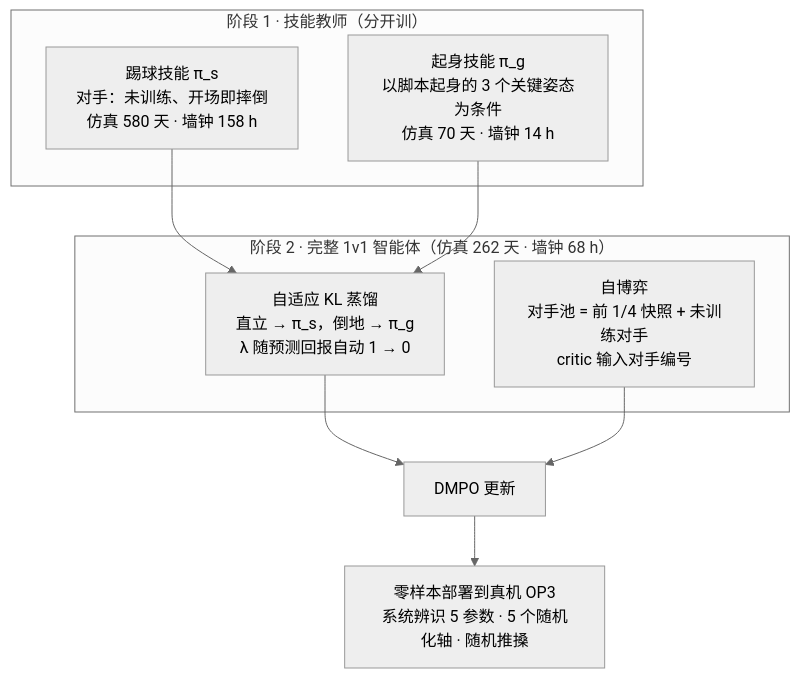
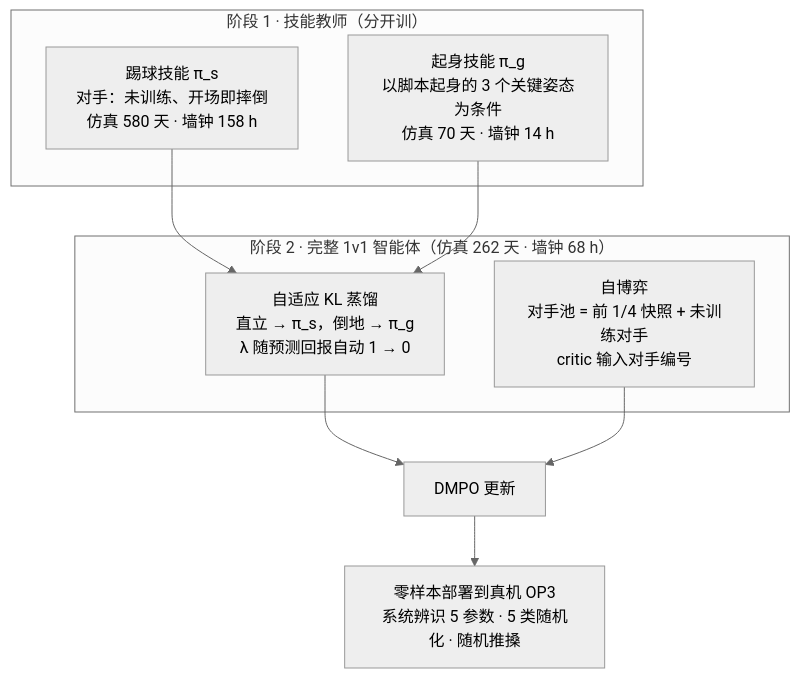
Before and after one commit to ImChong/Robot_Learning_Paper_Notebooks: the first of 2 diagrams in papers/03_High_Impact_Selection/Learning_Agile_Soccer_Skills_for_a_Bipedal_Robot_with_Deep_RL/Learning_Agile_Soccer_Skills_for_a_Bipedal_Robot_with_Deep_RL.md, drawn with Mermaid (neutral theme). The commit also changed other lines of this file and 16 other files, not shown here.

```diff
--- a/papers/03_High_Impact_Selection/Learning_Agile_Soccer_Skills_for_a_Bipedal_Robot_with_Deep_RL/Learning_Agile_Soccer_Skills_for_a_Bipedal_Robot_with_Deep_RL.md
+++ b/papers/03_High_Impact_Selection/Learning_Agile_Soccer_Skills_for_a_Bipedal_Robot_with_Deep_RL/Learning_Agile_Soccer_Skills_for_a_Bipedal_Robot_with_Deep_RL.md
@@ -254,16 +279,16 @@
 <div class="mermaid">
 flowchart TB
   subgraph S1["阶段 1 · 技能教师（分开训）"]
     SK["踢球技能 π_s<br/>对手：未训练、开场即摔倒<br/>仿真 580 天 · 墙钟 158 h"]
     GU["起身技能 π_g<br/>以脚本起身的 3 个关键姿态为条件<br/>仿真 70 天 · 墙钟 14 h"]
   end
   subgraph S2["阶段 2 · 完整 1v1 智能体（仿真 262 天 · 墙钟 68 h）"]
     D["自适应 KL 蒸馏<br/>直立 → π_s，倒地 → π_g<br/>λ 随预测回报自动 1 → 0"]
     SP["自博弈<br/>对手池 = 前 1/4 快照 + 未训练对手<br/>critic 输入对手编号"]
   end
   SK --> D
   GU --> D
   D --> A["DMPO 更新"]
   SP --> A
-  A --> R["零样本部署到真机 OP3<br/>系统辨识 5 参数 · 5 个随机化轴 · 随机推搡"]
+  A --> R["零样本部署到真机 OP3<br/>系统辨识 5 参数 · 5 类随机化 · 随机推搡"]
 </div>
```
